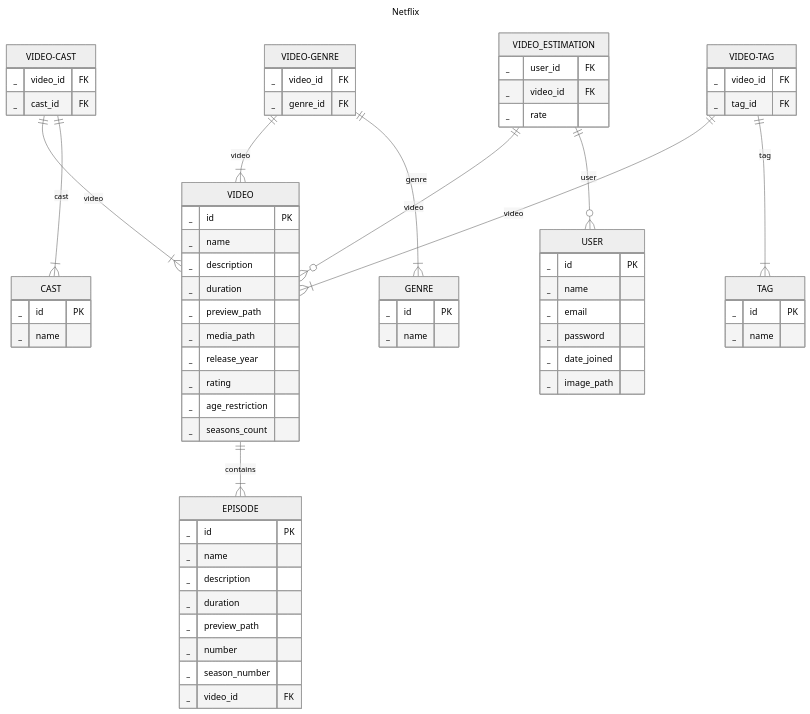
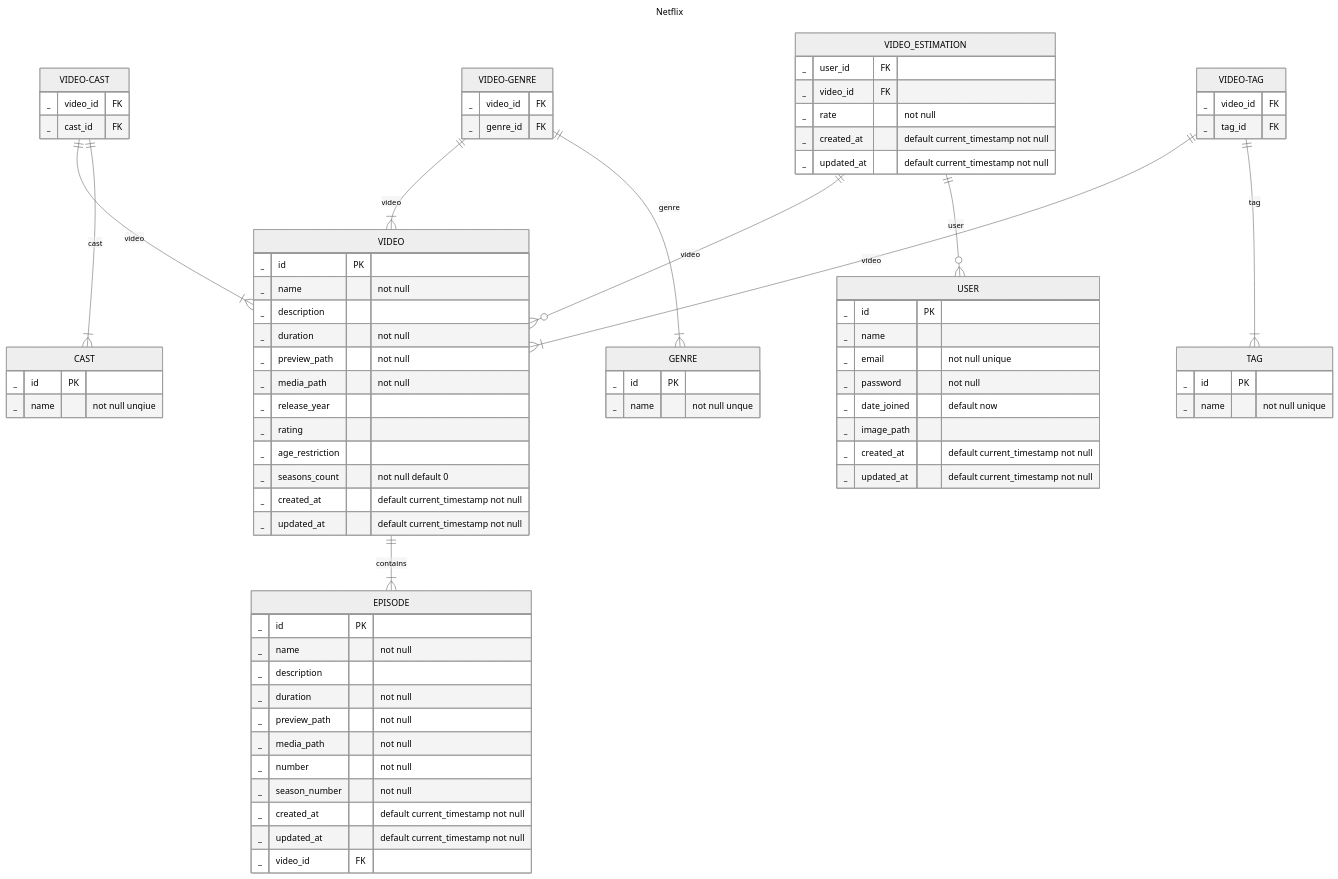
The diagram in README.md (go-park-mail-ru/2023_2_Holi), drawn with Mermaid (neutral theme) before and after one commit.

```diff
--- a/README.md
+++ b/README.md
@@ -48,32 +48,37 @@
 erDiagram
     VIDEO {
         _ id PK
-        _ name 
+        _ name "not null"
         _ description
-        _ duration
-        _ preview_path
-        _ media_path
+        _ duration "not null"
+        _ preview_path "not null"
+        _ media_path "not null"
         _ release_year
         _ rating
         _ age_restriction
-        _ seasons_count
+        _ seasons_count "not null default 0"
+        _ created_at "default current_timestamp not null"
+        _ updated_at "default current_timestamp not null"
     }
     
     VIDEO ||--|{ EPISODE: contains
     EPISODE {
         _ id PK
-        _ name 
+        _ name "not null"
         _ description
-        _ duration
-        _ preview_path
-        _ number
-        _ season_number
+        _ duration "not null"
+        _ preview_path "not null"
+        _ media_path "not null"
+        _ number "not null"
+        _ season_number "not null"
+        _ created_at "default current_timestamp not null"
+        _ updated_at "default current_timestamp not null"
         _ video_id FK
     }
 
     CAST {
         _ id PK
-        _ name
+        _ name "not null unqiue"
     }
 
     VIDEO-CAST ||--|{ VIDEO: video
@@ -85,7 +90,7 @@
     
     GENRE {
         _ id PK
-        _ name
+        _ name "not null unque"
     }
 
     VIDEO-GENRE ||--|{ VIDEO: video 
@@ -98,10 +103,12 @@
     USER {
         _ id PK
         _ name
-        _ email
-        _ password
-        _ date_joined
+        _ email "not null unique"
+        _ password "not null"
+        _ date_joined "default now"
         _ image_path
+        _ created_at "default current_timestamp not null"
+        _ updated_at "default current_timestamp not null"
     }
     
     VIDEO_ESTIMATION ||--o{ VIDEO: video 
@@ -109,12 +116,14 @@
     VIDEO_ESTIMATION {
         _ user_id FK
         _ video_id FK
-        _ rate
+        _ rate "not null"
+        _ created_at "default current_timestamp not null"
+        _ updated_at "default current_timestamp not null"
     }
 
     TAG {
         _ id PK
-        _ name
+        _ name "not null unique"
     }
 
     VIDEO-TAG ||--|{ VIDEO: video
```
